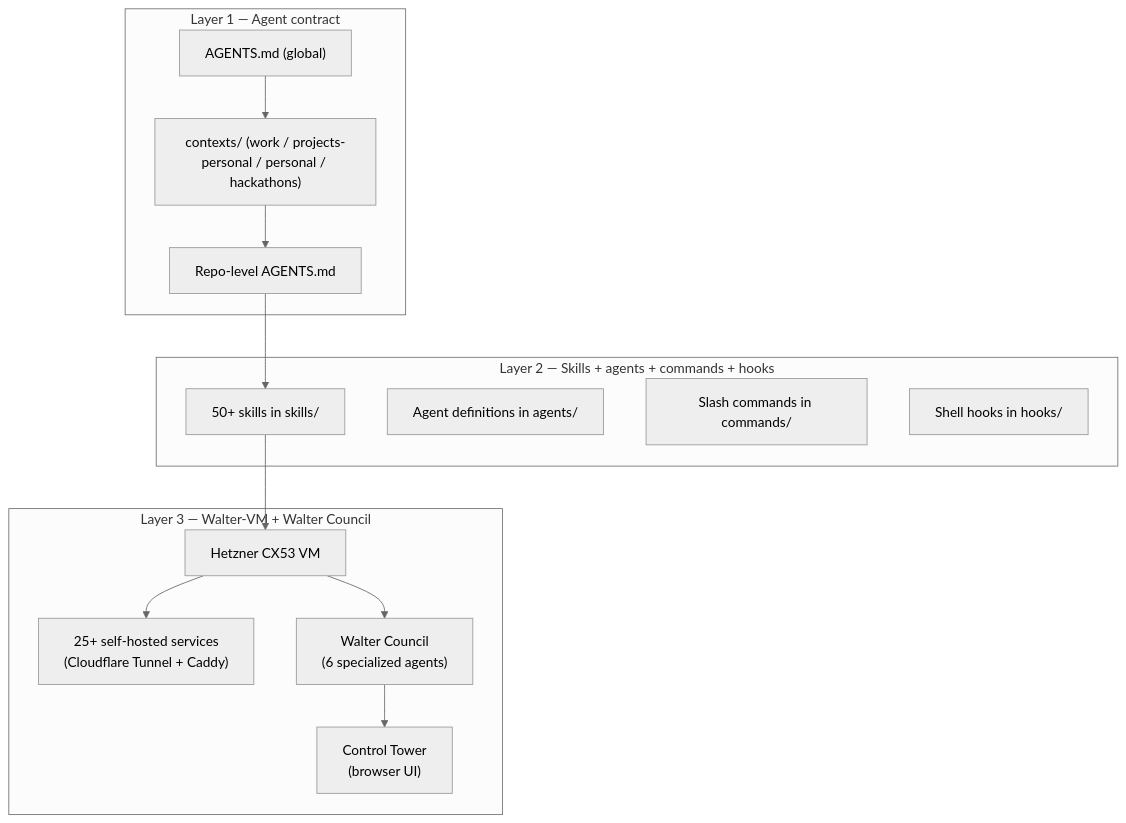
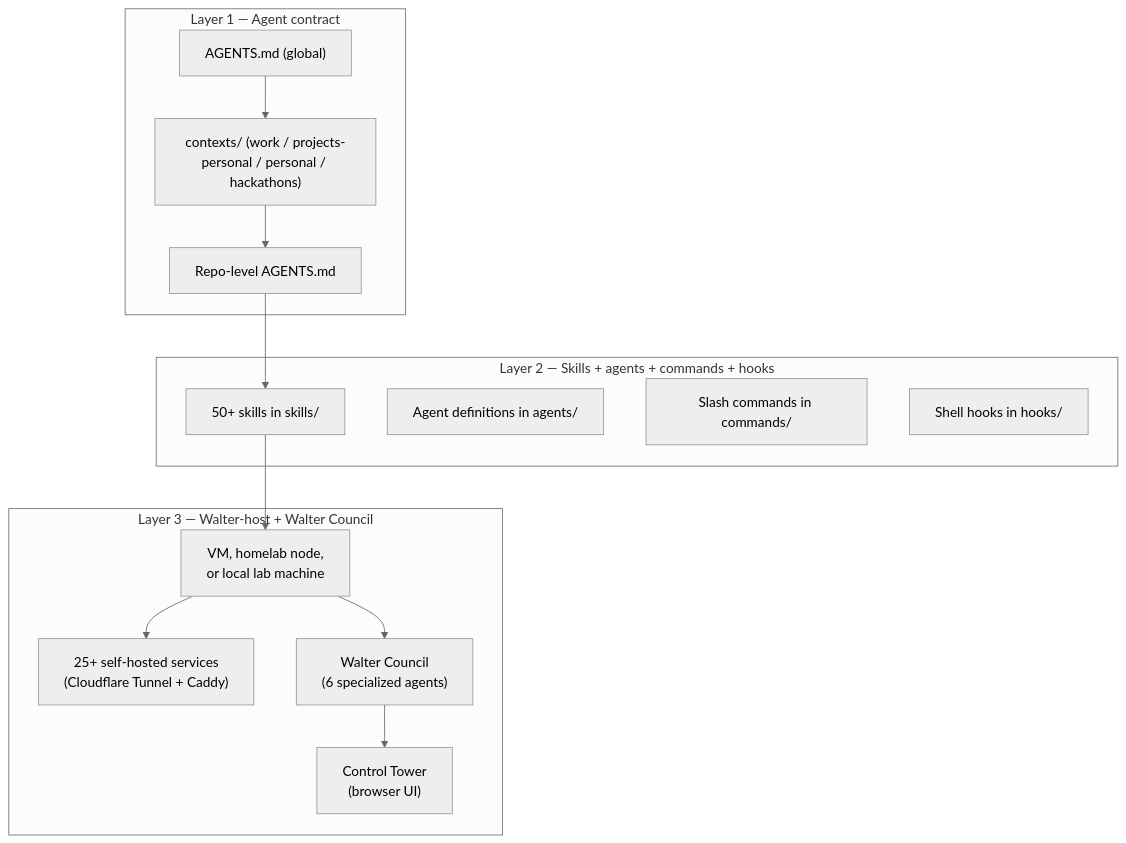
The first of 3 diagrams in README.md (Xipher-Labs/walter-os), drawn with Mermaid (neutral theme) before and after one commit. The commit also changed other lines of this file and 1 other file, not shown here.

First line of the commit message:
docs: clarify Walter-OS adoption modes

````diff
--- a/README.md
+++ b/README.md
@@ -109,29 +127,29 @@
 ```mermaid
 graph TD
     subgraph "Layer 1 — Agent contract"
         AGENTS["AGENTS.md (global)"]
         CTX["contexts/ (work / projects-personal / personal / hackathons)"]
         REPO["Repo-level AGENTS.md"]
         AGENTS --> CTX --> REPO
     end
 
     subgraph "Layer 2 — Skills + agents + commands + hooks"
         SKILLS["50+ skills in skills/"]
         AGENTS2["Agent definitions in agents/"]
         CMDS["Slash commands in commands/"]
         HOOKS["Shell hooks in hooks/"]
     end
 
-    subgraph "Layer 3 — Walter-VM + Walter Council"
-        VM["Hetzner CX53 VM"]
+    subgraph "Layer 3 — Walter-host + Walter Council"
+        VM["VM, homelab node,\nor local lab machine"]
         SVCS["25+ self-hosted services\n(Cloudflare Tunnel + Caddy)"]
         COUNCIL["Walter Council\n(6 specialized agents)"]
         CT["Control Tower\n(browser UI)"]
         VM --> SVCS
         VM --> COUNCIL
         COUNCIL --> CT
     end
 
     REPO --> SKILLS
     SKILLS --> VM
 ```
````
